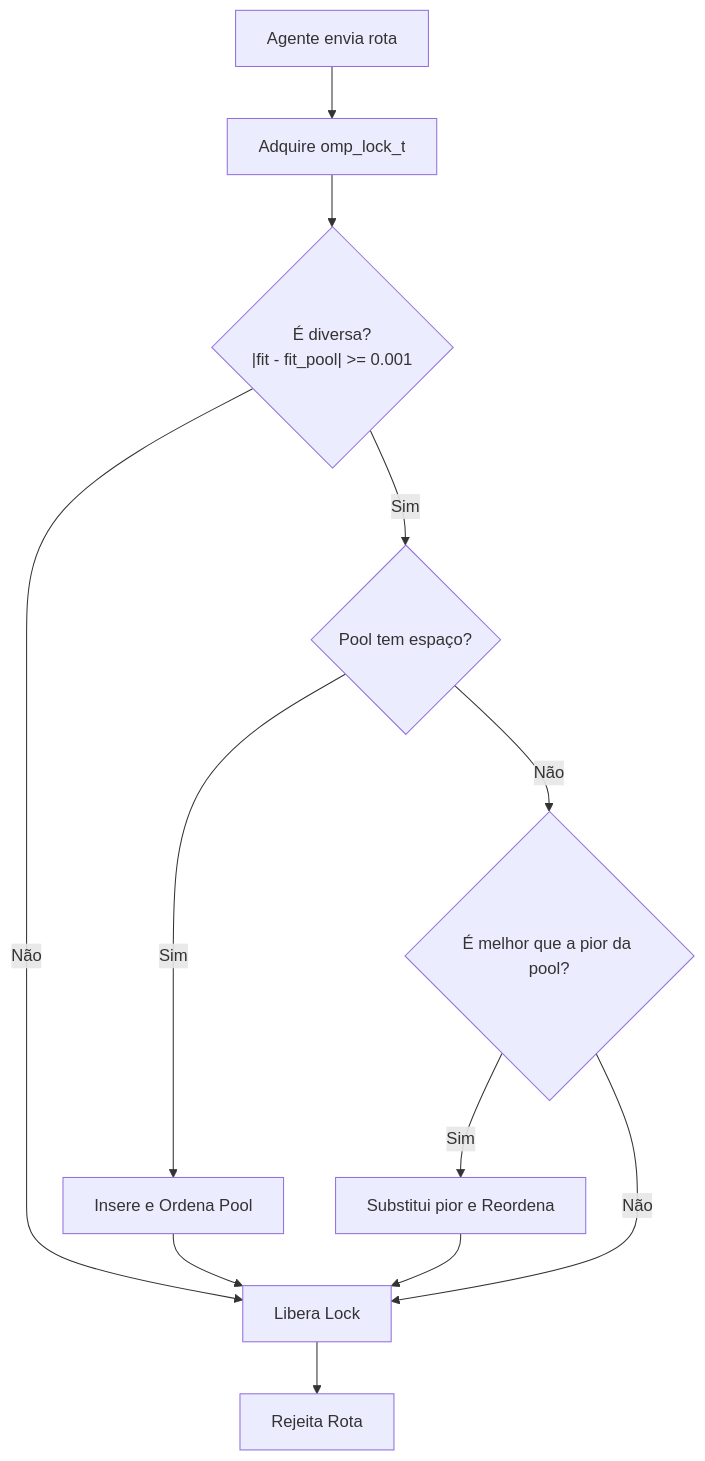
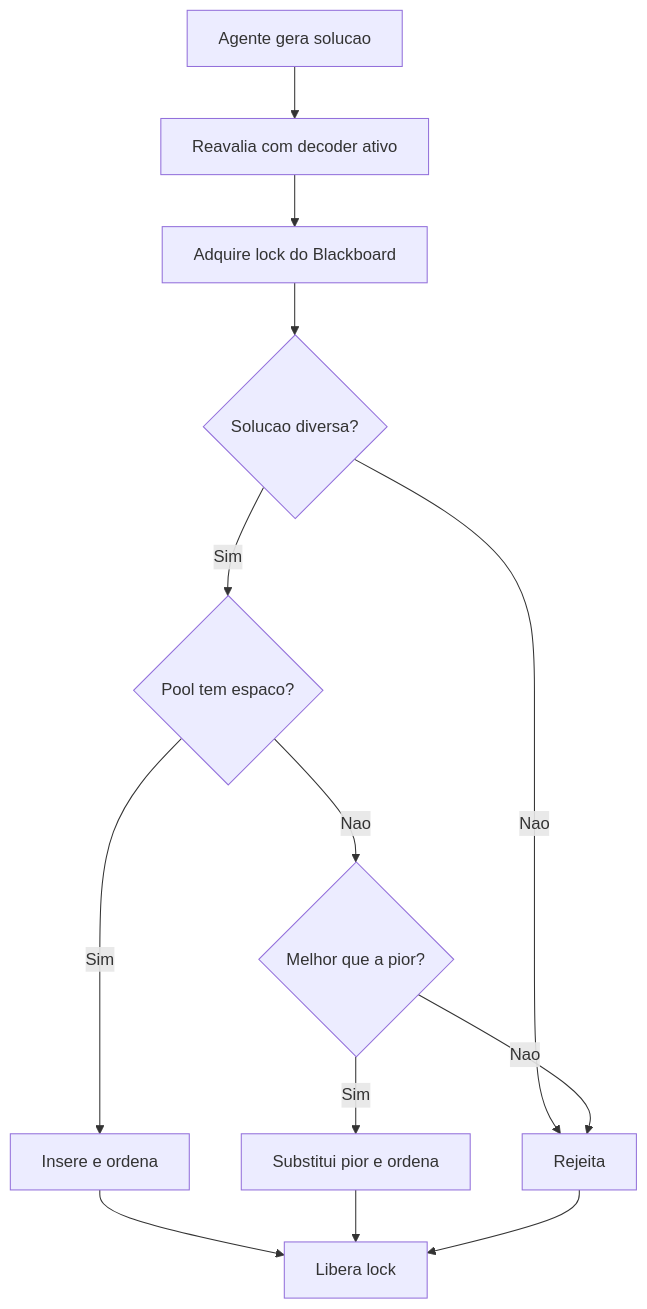
Before and after one commit to Vitorloula/Multi-Agentes: the third of 3 diagrams in explicacao_processo.md, drawn with Mermaid. The commit also changed other lines of this file and 1 other file, not shown here.

````diff
--- a/explicacao_processo.md
+++ b/explicacao_processo.md
@@ -77,11 +63,15 @@
 ```mermaid
 flowchart TD
-    Start[Agente envia rota] --> Lock[Adquire omp_lock_t]
-    Lock --> Div{"É diversa?<br/>|fit - fit_pool| >= 0.001"}
-    Div -- Não --> Unlock[Libera Lock] --> Reject[Rejeita Rota]
-    Div -- Sim --> Space{Pool tem espaço?}
-    Space -- Sim --> Insert[Insere e Ordena Pool] --> Unlock
-    Space -- Não --> Compare{É melhor que a pior da pool?}
-    Compare -- Sim --> Replace[Substitui pior e Reordena] --> Unlock
-    Compare -- Não --> Unlock
+    Start[Agente gera solucao] --> Eval[Reavalia com decoder ativo]
+    Eval --> Lock[Adquire lock do Blackboard]
+    Lock --> Div{Solucao diversa?}
+    Div -- Nao --> Reject[Rejeita]
+    Div -- Sim --> Space{Pool tem espaco?}
+    Space -- Sim --> Insert[Insere e ordena]
+    Space -- Nao --> Better{Melhor que a pior?}
+    Better -- Sim --> Replace[Substitui pior e ordena]
+    Better -- Nao --> Reject
+    Insert --> Unlock[Libera lock]
+    Replace --> Unlock
+    Reject --> Unlock
 ```
````
